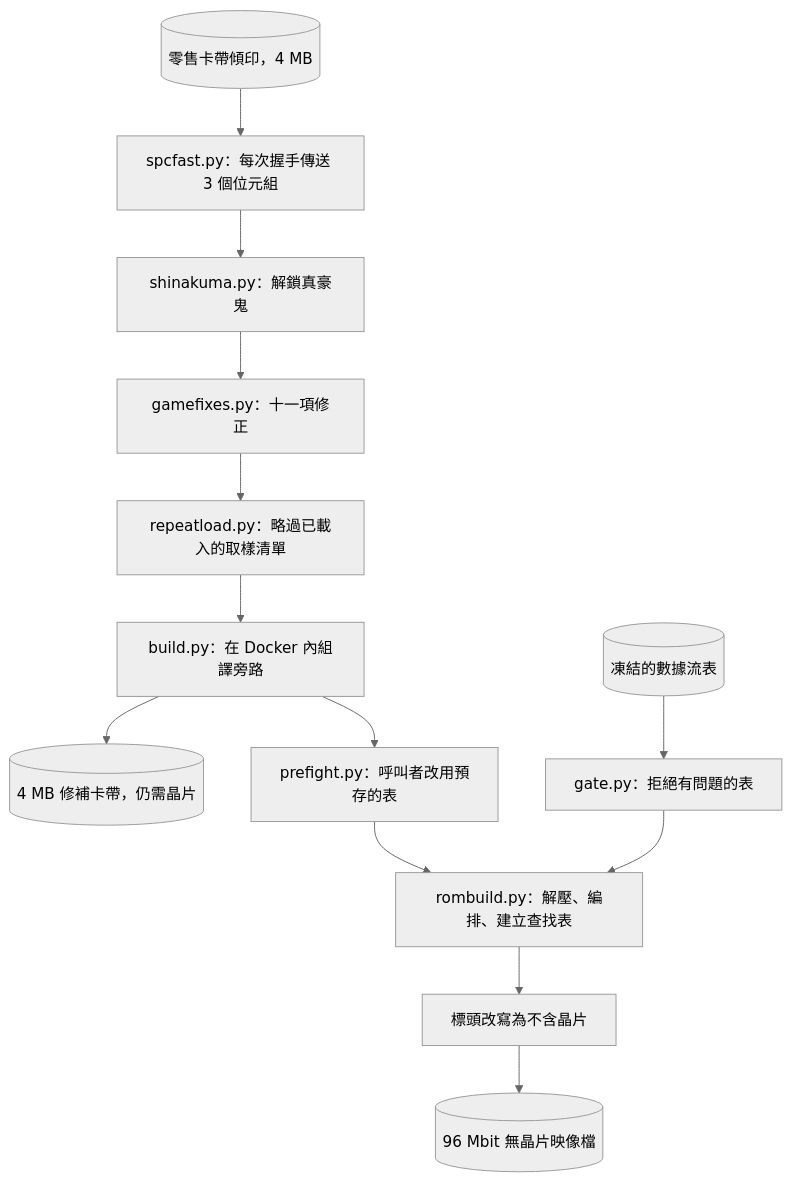
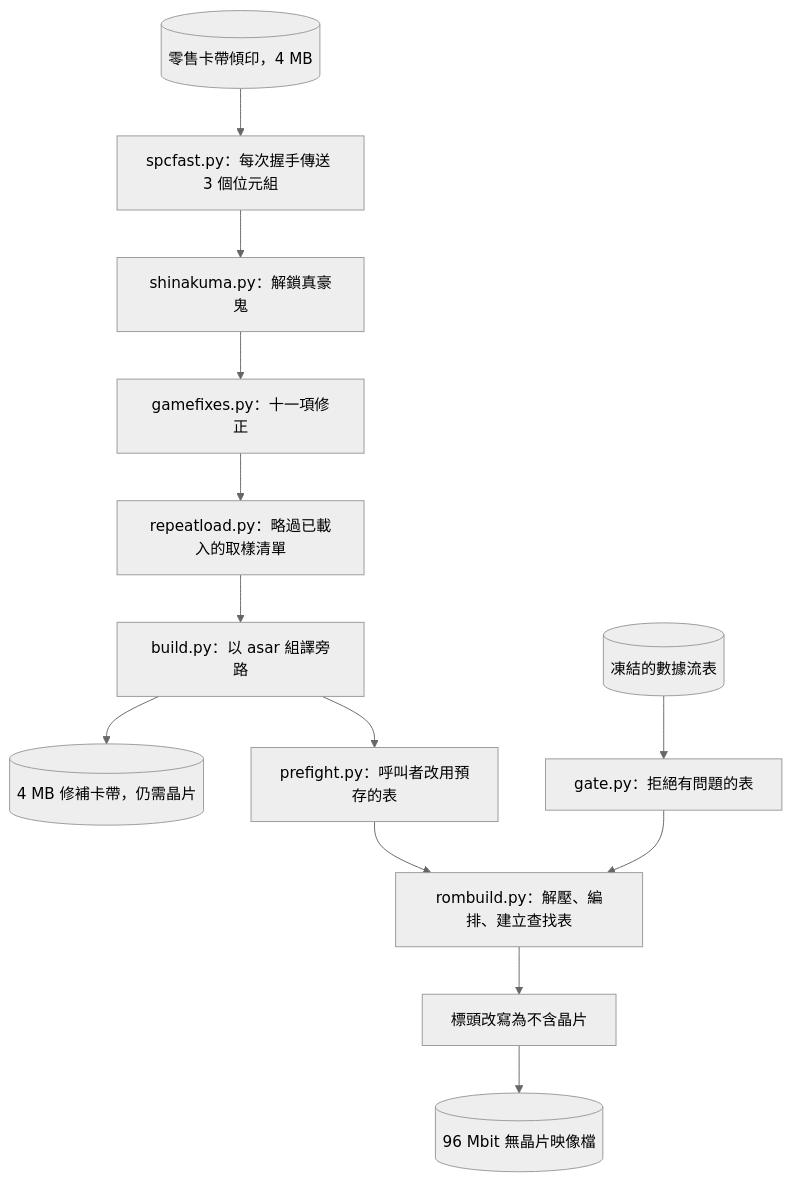
Before and after one commit to gufranco/snes-street-fighter-alpha-2-nochip: the diagram in README.zh-HK.md, drawn with Mermaid (neutral theme). The commit also changed other lines of this file and 41 other files, not shown here.

````diff
--- a/README.zh-HK.md
+++ b/README.zh-HK.md
@@ -380,15 +378,15 @@
 ```mermaid
 graph TD
     dump[("零售卡帶傾印，4 MB")] --> spcfast["spcfast.py：每次握手傳送 3 個位元組"]
     spcfast --> shinakuma["shinakuma.py：解鎖真豪鬼"]
     shinakuma --> gamefixes["gamefixes.py：十一項修正"]
     gamefixes --> repeatload["repeatload.py：略過已載入的取樣清單"]
-    repeatload --> bypass["build.py：在 Docker 內組譯旁路"]
+    repeatload --> bypass["build.py：以 asar 組譯旁路"]
     bypass --> cart[("4 MB 修補卡帶，仍需晶片")]
     bypass --> prefight["prefight.py：呼叫者改用預存的表"]
     tables[("凍結的數據流表")] --> gate["gate.py：拒絕有問題的表"]
     gate --> rombuild
     prefight --> rombuild["rombuild.py：解壓、編排、建立查找表"]
     rombuild --> header["標頭改寫為不含晶片"]
     header --> image[("96 Mbit 無晶片映像檔")]
 ```
````
